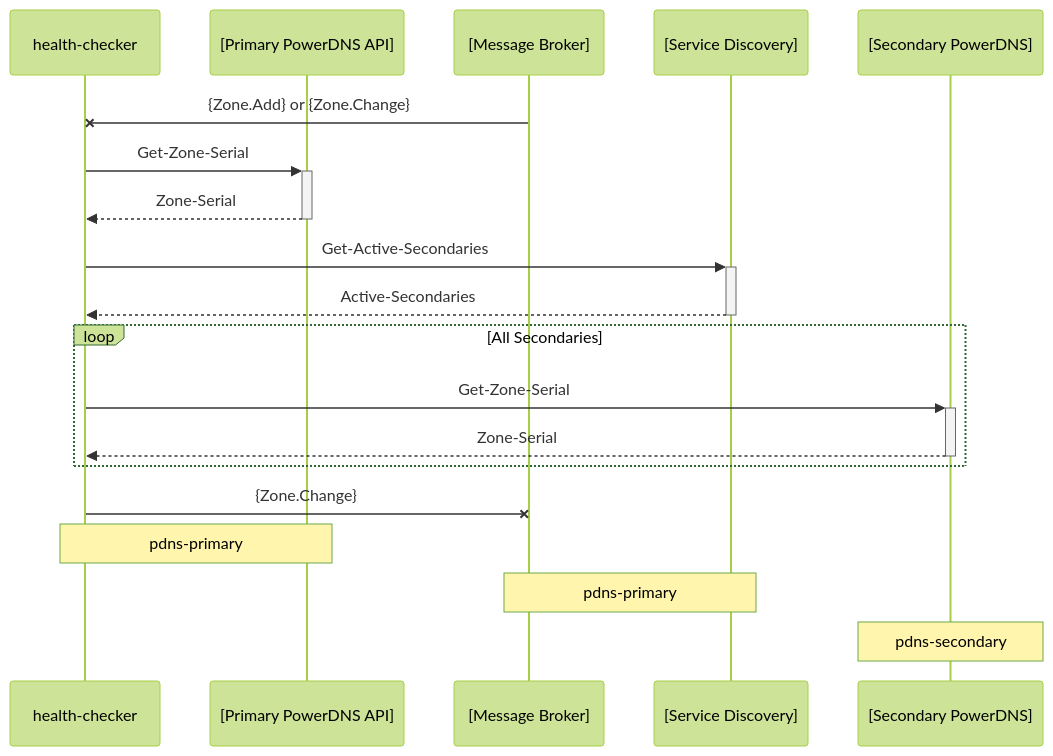
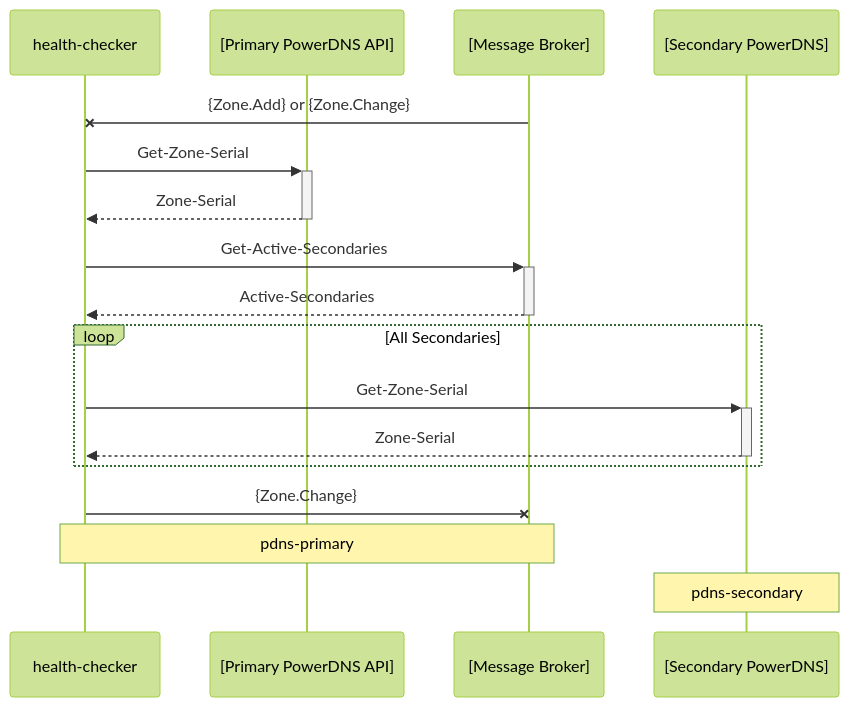
Before and after one commit to nameserver-systems/pdns-distribute: the diagram in docs/mermaid/event_health_check.mmd, drawn with Mermaid (forest theme). The commit also changed 80 other files, not shown here.

```diff
--- a/docs/mermaid/event_health_check.mmd
+++ b/docs/mermaid/event_health_check.mmd
@@ -1,19 +1,17 @@
 sequenceDiagram
 participant a as health-checker
 participant b as [Primary PowerDNS API]
 participant c as [Message Broker]
-participant d as [Service Discovery]
 participant e as [Secondary PowerDNS]
 c-xa: {Zone.Add} or {Zone.Change}
 a->>+b: Get-Zone-Serial
 b-->>-a: Zone-Serial
-a->>+d: Get-Active-Secondaries
-d-->>-a: Active-Secondaries
+a->>+c: Get-Active-Secondaries
+c-->>-a: Active-Secondaries
 loop All Secondaries
 a->>+e: Get-Zone-Serial
 e-->>-a: Zone-Serial
 end
 a-xc: {Zone.Change}
-Note over a,b: pdns-primary
-Note over c,d: pdns-primary
+Note over a,c: pdns-primary
 Note over e: pdns-secondary
```
